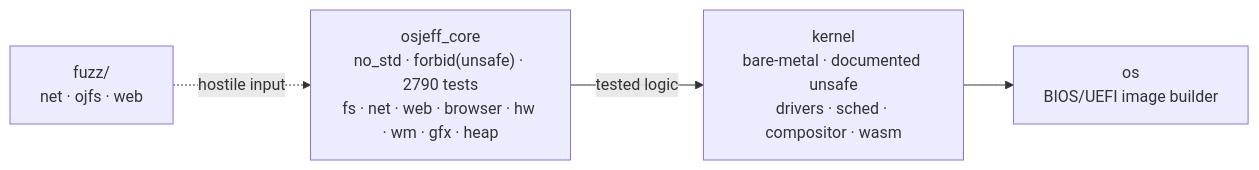
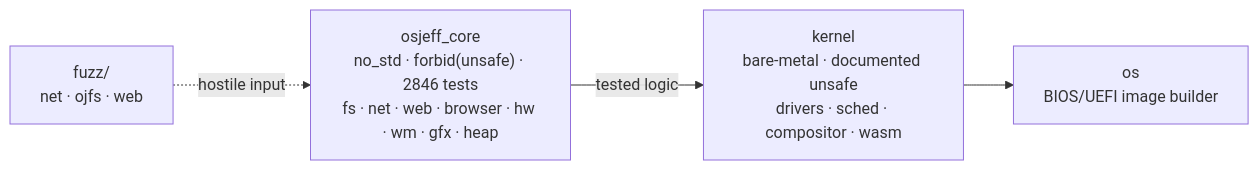
One commit to Jeffinp/OSjeff changed the diagram in README.en.md. Above: the diagram before and after it, drawn with Mermaid. The commit also changed other lines of this file and 3 other files, not shown here.

````diff
--- a/README.en.md
+++ b/README.en.md
@@ -101,9 +101,9 @@
 ```mermaid
 flowchart LR
-    CORE["osjeff_core<br/>no_std · forbid(unsafe) · 2790 tests<br/>fs · net · web · browser · hw · wm · gfx · heap"]
+    CORE["osjeff_core<br/>no_std · forbid(unsafe) · 2846 tests<br/>fs · net · web · browser · hw · wm · gfx · heap"]
     KERNEL["kernel<br/>bare-metal · documented unsafe<br/>drivers · sched · compositor · wasm"]
     OS["os<br/>BIOS/UEFI image builder"]
     FUZZ["fuzz/<br/>net · ojfs · web"]
     CORE -->|tested logic| KERNEL --> OS
     FUZZ -.->|hostile input| CORE
 ```
````
